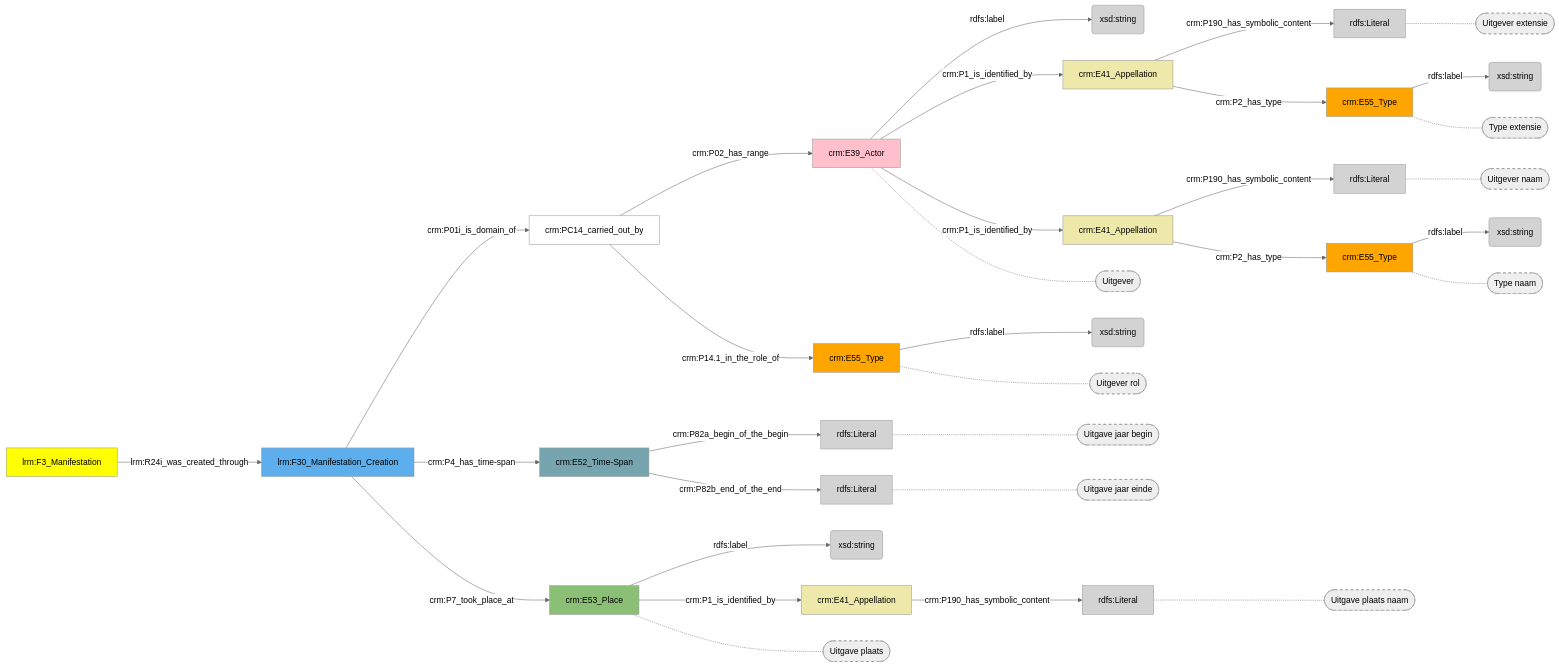
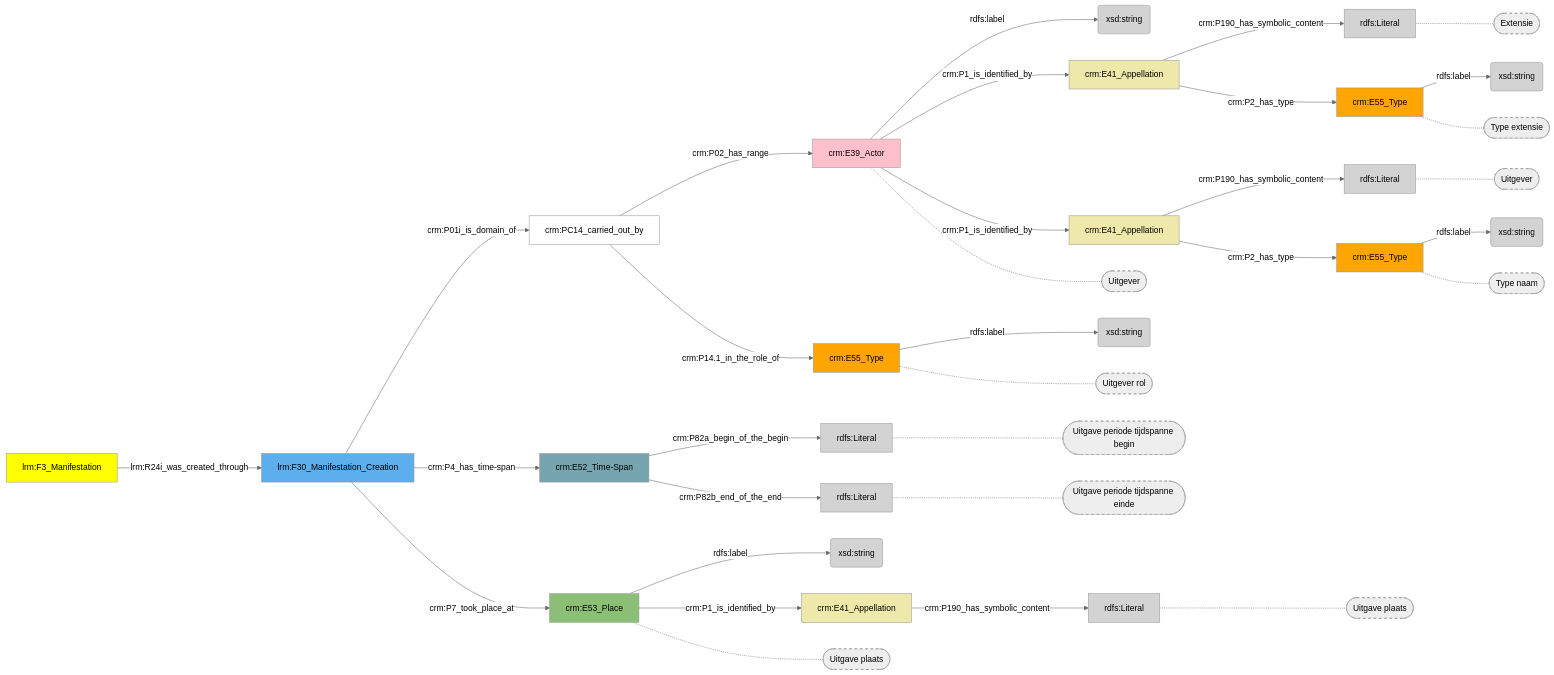
Before and after one commit to digipolisantwerpdocumentation/antwerp-cultureel-erfgoed: the diagram in docs/content/modellen/BibliographicalManifestation/ManifestatieCreatie.md, drawn with Mermaid (neutral theme). The commit also changed 32 other files, not shown here.

````diff
--- a/docs/content/modellen/BibliographicalManifestation/ManifestatieCreatie.md
+++ b/docs/content/modellen/BibliographicalManifestation/ManifestatieCreatie.md
@@ -1,66 +1,66 @@
 ```mermaid
 graph LR
 960a47dc-94fe-11ee-9c98-960002548b4f["crm:E55_Type"]-->|"rdfs:label"|960a4b26-94fe-11ee-a096-960002548b4f(xsd:string)
 b2832f1a-8e98-11ee-8f9d-96a6d245525a["crm:E39_Actor"]-->|"rdfs:label"|b2832fe2-8e98-11ee-8f9d-96a6d245525a(xsd:string)
 b2833032-8e98-11ee-8f9d-96a6d245525a["crm:E41_Appellation"]-->|"crm:P190_has_symbolic_content"|b2833078-8e98-11ee-8f9d-96a6d245525a(rdfs:Literal)
 b28330c8-8e98-11ee-8f9d-96a6d245525a["crm:E55_Type"]-->|"rdfs:label"|b283310e-8e98-11ee-8f9d-96a6d245525a(xsd:string)
 b2833154-8e98-11ee-8f9d-96a6d245525a["crm:E41_Appellation"]-->|"crm:P190_has_symbolic_content"|b283319a-8e98-11ee-8f9d-96a6d245525a(rdfs:Literal)
 b2833276-8e98-11ee-8f9d-96a6d245525a["crm:E41_Appellation"]-->|"crm:P190_has_symbolic_content"|b28332bc-8e98-11ee-8f9d-96a6d245525a(rdfs:Literal)
 b2833398-8e98-11ee-8f9d-96a6d245525a["crm:E52_Time-Span"]-->|"crm:P82a_begin_of_the_begin"|b283342e-8e98-11ee-8f9d-96a6d245525a(rdfs:Literal)
 b2833398-8e98-11ee-8f9d-96a6d245525a["crm:E52_Time-Span"]-->|"crm:P82b_end_of_the_end"|b28334c4-8e98-11ee-8f9d-96a6d245525a(rdfs:Literal)
 b2833474-8e98-11ee-8f9d-96a6d245525a["crm:E55_Type"]-->|"rdfs:label"|b283355a-8e98-11ee-8f9d-96a6d245525a(xsd:string)
 b283350a-8e98-11ee-8f9d-96a6d245525a["crm:E53_Place"]-->|"rdfs:label"|b2832f88-8e98-11ee-8f9d-96a6d245525a(xsd:string)
-style b283350a-8e98-11ee-8f9d-96a6d245525a_s stroke-dasharray: 5
-style b2833078-8e98-11ee-8f9d-96a6d245525a_s stroke-dasharray: 5
-style b28330c8-8e98-11ee-8f9d-96a6d245525a_s stroke-dasharray: 5
-style b283319a-8e98-11ee-8f9d-96a6d245525a_s stroke-dasharray: 5
-style b28332bc-8e98-11ee-8f9d-96a6d245525a_s stroke-dasharray: 5
-style 960a47dc-94fe-11ee-9c98-960002548b4f_s stroke-dasharray: 5
-style b283342e-8e98-11ee-8f9d-96a6d245525a_s stroke-dasharray: 5
-style b28334c4-8e98-11ee-8f9d-96a6d245525a_s stroke-dasharray: 5
-style b2832f1a-8e98-11ee-8f9d-96a6d245525a_s stroke-dasharray: 5
-style b2833474-8e98-11ee-8f9d-96a6d245525a_s stroke-dasharray: 5
-style b2833078-8e98-11ee-8f9d-96a6d245525a fill:#D3D3D3
-style b2833032-8e98-11ee-8f9d-96a6d245525a fill:#EEE8AA
-style b2833474-8e98-11ee-8f9d-96a6d245525a fill:#ffa500
-style b283319a-8e98-11ee-8f9d-96a6d245525a fill:#D3D3D3
-style 960a4b26-94fe-11ee-a096-960002548b4f fill:#D3D3D3
-style b2833276-8e98-11ee-8f9d-96a6d245525a fill:#EEE8AA
-style b28330c8-8e98-11ee-8f9d-96a6d245525a fill:#ffa500
-style b283350a-8e98-11ee-8f9d-96a6d245525a fill:#8CBF76
-style b2832f88-8e98-11ee-8f9d-96a6d245525a fill:#D3D3D3
-style 17e0efec-8e93-11ee-8f9d-96a6d245525a fill:#ffff00
-style b283355a-8e98-11ee-8f9d-96a6d245525a fill:#D3D3D3
-style b28333e8-8e98-11ee-8f9d-96a6d245525a fill:#ffffff
-style b283342e-8e98-11ee-8f9d-96a6d245525a fill:#D3D3D3
-style b283310e-8e98-11ee-8f9d-96a6d245525a fill:#D3D3D3
-style 960a47dc-94fe-11ee-9c98-960002548b4f fill:#ffa500
-style b2833154-8e98-11ee-8f9d-96a6d245525a fill:#EEE8AA
-style b2832fe2-8e98-11ee-8f9d-96a6d245525a fill:#D3D3D3
-style b2833398-8e98-11ee-8f9d-96a6d245525a fill:#76A5AF
-style b2832db2-8e98-11ee-8f9d-96a6d245525a fill:#5DAEEC
-style b2832f1a-8e98-11ee-8f9d-96a6d245525a fill:#ffc0cb
-style b28334c4-8e98-11ee-8f9d-96a6d245525a fill:#D3D3D3
-style b28332bc-8e98-11ee-8f9d-96a6d245525a fill:#D3D3D3
 17e0efec-8e93-11ee-8f9d-96a6d245525a["lrm:F3_Manifestation"]-->|"lrm:R24i_was_created_through"|b2832db2-8e98-11ee-8f9d-96a6d245525a["lrm:F30_Manifestation_Creation"]
 b2832db2-8e98-11ee-8f9d-96a6d245525a["lrm:F30_Manifestation_Creation"]-->|"crm:P01i_is_domain_of"|b28333e8-8e98-11ee-8f9d-96a6d245525a["crm:PC14_carried_out_by"]
 b2832db2-8e98-11ee-8f9d-96a6d245525a["lrm:F30_Manifestation_Creation"]-->|"crm:P4_has_time-span"|b2833398-8e98-11ee-8f9d-96a6d245525a["crm:E52_Time-Span"]
 b2832db2-8e98-11ee-8f9d-96a6d245525a["lrm:F30_Manifestation_Creation"]-->|"crm:P7_took_place_at"|b283350a-8e98-11ee-8f9d-96a6d245525a["crm:E53_Place"]
 b2832f1a-8e98-11ee-8f9d-96a6d245525a["crm:E39_Actor"]-->|"crm:P1_is_identified_by"|b2833032-8e98-11ee-8f9d-96a6d245525a["crm:E41_Appellation"]
 b2832f1a-8e98-11ee-8f9d-96a6d245525a["crm:E39_Actor"]-->|"crm:P1_is_identified_by"|b2833276-8e98-11ee-8f9d-96a6d245525a["crm:E41_Appellation"]
 b2833032-8e98-11ee-8f9d-96a6d245525a["crm:E41_Appellation"]-->|"crm:P2_has_type"|b28330c8-8e98-11ee-8f9d-96a6d245525a["crm:E55_Type"]
 b2833276-8e98-11ee-8f9d-96a6d245525a["crm:E41_Appellation"]-->|"crm:P2_has_type"|960a47dc-94fe-11ee-9c98-960002548b4f["crm:E55_Type"]
 b28333e8-8e98-11ee-8f9d-96a6d245525a["crm:PC14_carried_out_by"]-->|"crm:P02_has_range"|b2832f1a-8e98-11ee-8f9d-96a6d245525a["crm:E39_Actor"]
 b28333e8-8e98-11ee-8f9d-96a6d245525a["crm:PC14_carried_out_by"]-->|"crm:P14.1_in_the_role_of"|b2833474-8e98-11ee-8f9d-96a6d245525a["crm:E55_Type"]
 b283350a-8e98-11ee-8f9d-96a6d245525a["crm:E53_Place"]-->|"crm:P1_is_identified_by"|b2833154-8e98-11ee-8f9d-96a6d245525a["crm:E41_Appellation"]
 b283350a-8e98-11ee-8f9d-96a6d245525a["crm:E53_Place"]-.-b283350a-8e98-11ee-8f9d-96a6d245525a_s(["Uitgave plaats"])
-b2833078-8e98-11ee-8f9d-96a6d245525a["rdfs:Literal"]-.-b2833078-8e98-11ee-8f9d-96a6d245525a_s(["Uitgever extensie"])
+b2833078-8e98-11ee-8f9d-96a6d245525a["rdfs:Literal"]-.-b2833078-8e98-11ee-8f9d-96a6d245525a_s(["Extensie"])
 b28330c8-8e98-11ee-8f9d-96a6d245525a["crm:E55_Type"]-.-b28330c8-8e98-11ee-8f9d-96a6d245525a_s(["Type "extensie""])
-b283319a-8e98-11ee-8f9d-96a6d245525a["rdfs:Literal"]-.-b283319a-8e98-11ee-8f9d-96a6d245525a_s(["Uitgave plaats naam"])
-b28332bc-8e98-11ee-8f9d-96a6d245525a["rdfs:Literal"]-.-b28332bc-8e98-11ee-8f9d-96a6d245525a_s(["Uitgever naam"])
+b283319a-8e98-11ee-8f9d-96a6d245525a["rdfs:Literal"]-.-b283319a-8e98-11ee-8f9d-96a6d245525a_s(["Uitgave plaats"])
+b28332bc-8e98-11ee-8f9d-96a6d245525a["rdfs:Literal"]-.-b28332bc-8e98-11ee-8f9d-96a6d245525a_s(["Uitgever"])
 960a47dc-94fe-11ee-9c98-960002548b4f["crm:E55_Type"]-.-960a47dc-94fe-11ee-9c98-960002548b4f_s(["Type "naam""])
-b283342e-8e98-11ee-8f9d-96a6d245525a["rdfs:Literal"]-.-b283342e-8e98-11ee-8f9d-96a6d245525a_s(["Uitgave jaar begin"])
-b28334c4-8e98-11ee-8f9d-96a6d245525a["rdfs:Literal"]-.-b28334c4-8e98-11ee-8f9d-96a6d245525a_s(["Uitgave jaar einde"])
+b283342e-8e98-11ee-8f9d-96a6d245525a["rdfs:Literal"]-.-b283342e-8e98-11ee-8f9d-96a6d245525a_s(["Uitgave periode tijdspanne begin"])
+b28334c4-8e98-11ee-8f9d-96a6d245525a["rdfs:Literal"]-.-b28334c4-8e98-11ee-8f9d-96a6d245525a_s(["Uitgave periode tijdspanne einde"])
 b2832f1a-8e98-11ee-8f9d-96a6d245525a["crm:E39_Actor"]-.-b2832f1a-8e98-11ee-8f9d-96a6d245525a_s(["Uitgever"])
 b2833474-8e98-11ee-8f9d-96a6d245525a["crm:E55_Type"]-.-b2833474-8e98-11ee-8f9d-96a6d245525a_s(["Uitgever rol"])
+style b283350a-8e98-11ee-8f9d-96a6d245525a_s stroke-dasharray: 5
+style b2833078-8e98-11ee-8f9d-96a6d245525a_s stroke-dasharray: 5
+style b28330c8-8e98-11ee-8f9d-96a6d245525a_s stroke-dasharray: 5
+style b283319a-8e98-11ee-8f9d-96a6d245525a_s stroke-dasharray: 5
+style b28332bc-8e98-11ee-8f9d-96a6d245525a_s stroke-dasharray: 5
+style 960a47dc-94fe-11ee-9c98-960002548b4f_s stroke-dasharray: 5
+style b283342e-8e98-11ee-8f9d-96a6d245525a_s stroke-dasharray: 5
+style b28334c4-8e98-11ee-8f9d-96a6d245525a_s stroke-dasharray: 5
+style b2832f1a-8e98-11ee-8f9d-96a6d245525a_s stroke-dasharray: 5
+style b2833474-8e98-11ee-8f9d-96a6d245525a_s stroke-dasharray: 5
+style 17e0efec-8e93-11ee-8f9d-96a6d245525a fill:#ffff00
+style 960a47dc-94fe-11ee-9c98-960002548b4f fill:#ffa500
+style 960a4b26-94fe-11ee-a096-960002548b4f fill:#D3D3D3
+style b2832db2-8e98-11ee-8f9d-96a6d245525a fill:#5DAEEC
+style b2832f1a-8e98-11ee-8f9d-96a6d245525a fill:#ffc0cb
+style b2832f88-8e98-11ee-8f9d-96a6d245525a fill:#D3D3D3
+style b2832fe2-8e98-11ee-8f9d-96a6d245525a fill:#D3D3D3
+style b2833032-8e98-11ee-8f9d-96a6d245525a fill:#EEE8AA
+style b2833078-8e98-11ee-8f9d-96a6d245525a fill:#D3D3D3
+style b28330c8-8e98-11ee-8f9d-96a6d245525a fill:#ffa500
+style b283310e-8e98-11ee-8f9d-96a6d245525a fill:#D3D3D3
+style b2833154-8e98-11ee-8f9d-96a6d245525a fill:#EEE8AA
+style b283319a-8e98-11ee-8f9d-96a6d245525a fill:#D3D3D3
+style b2833276-8e98-11ee-8f9d-96a6d245525a fill:#EEE8AA
+style b28332bc-8e98-11ee-8f9d-96a6d245525a fill:#D3D3D3
+style b2833398-8e98-11ee-8f9d-96a6d245525a fill:#76A5AF
+style b28333e8-8e98-11ee-8f9d-96a6d245525a fill:#ffffff
+style b283342e-8e98-11ee-8f9d-96a6d245525a fill:#D3D3D3
+style b2833474-8e98-11ee-8f9d-96a6d245525a fill:#ffa500
+style b28334c4-8e98-11ee-8f9d-96a6d245525a fill:#D3D3D3
+style b283350a-8e98-11ee-8f9d-96a6d245525a fill:#8CBF76
+style b283355a-8e98-11ee-8f9d-96a6d245525a fill:#D3D3D3
 ```
````
